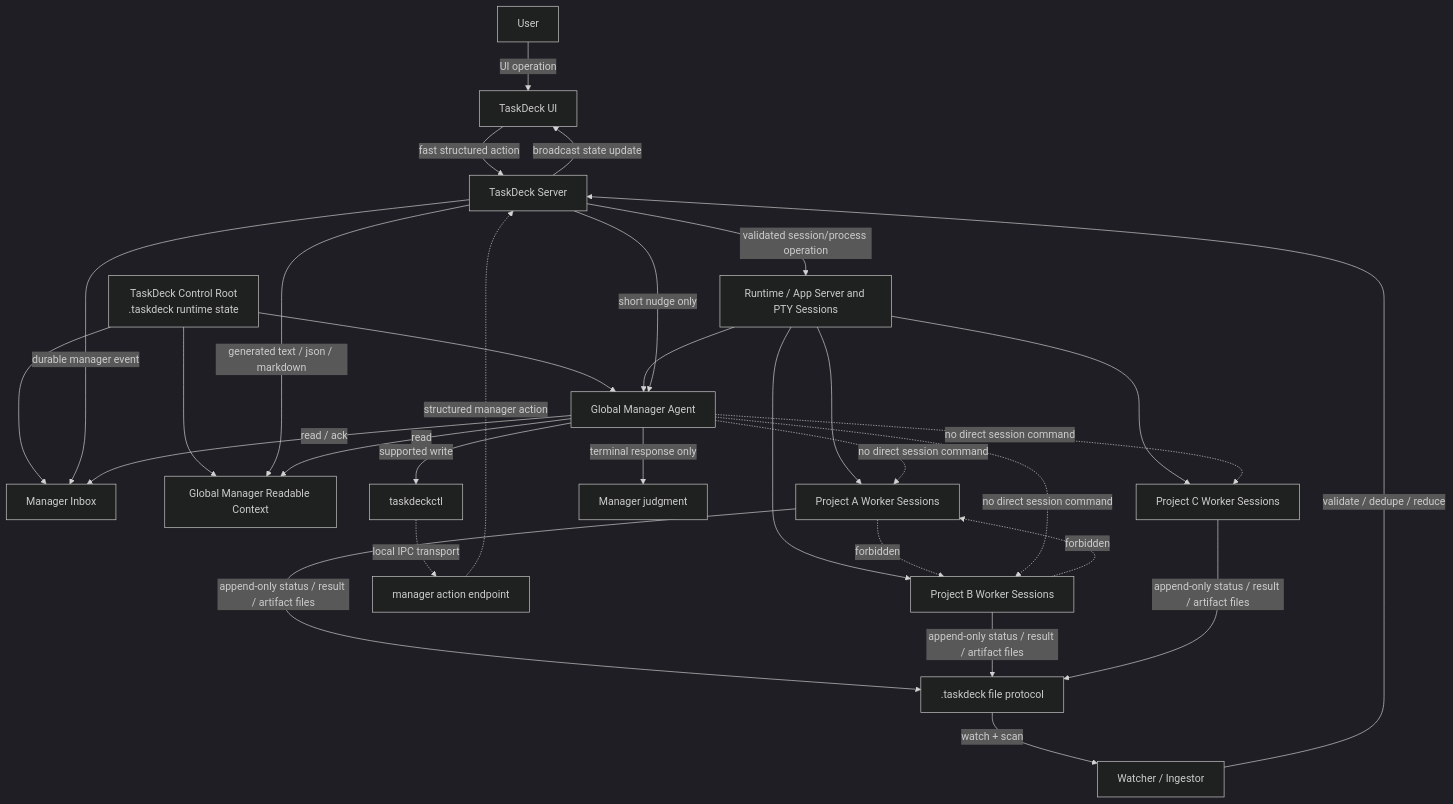
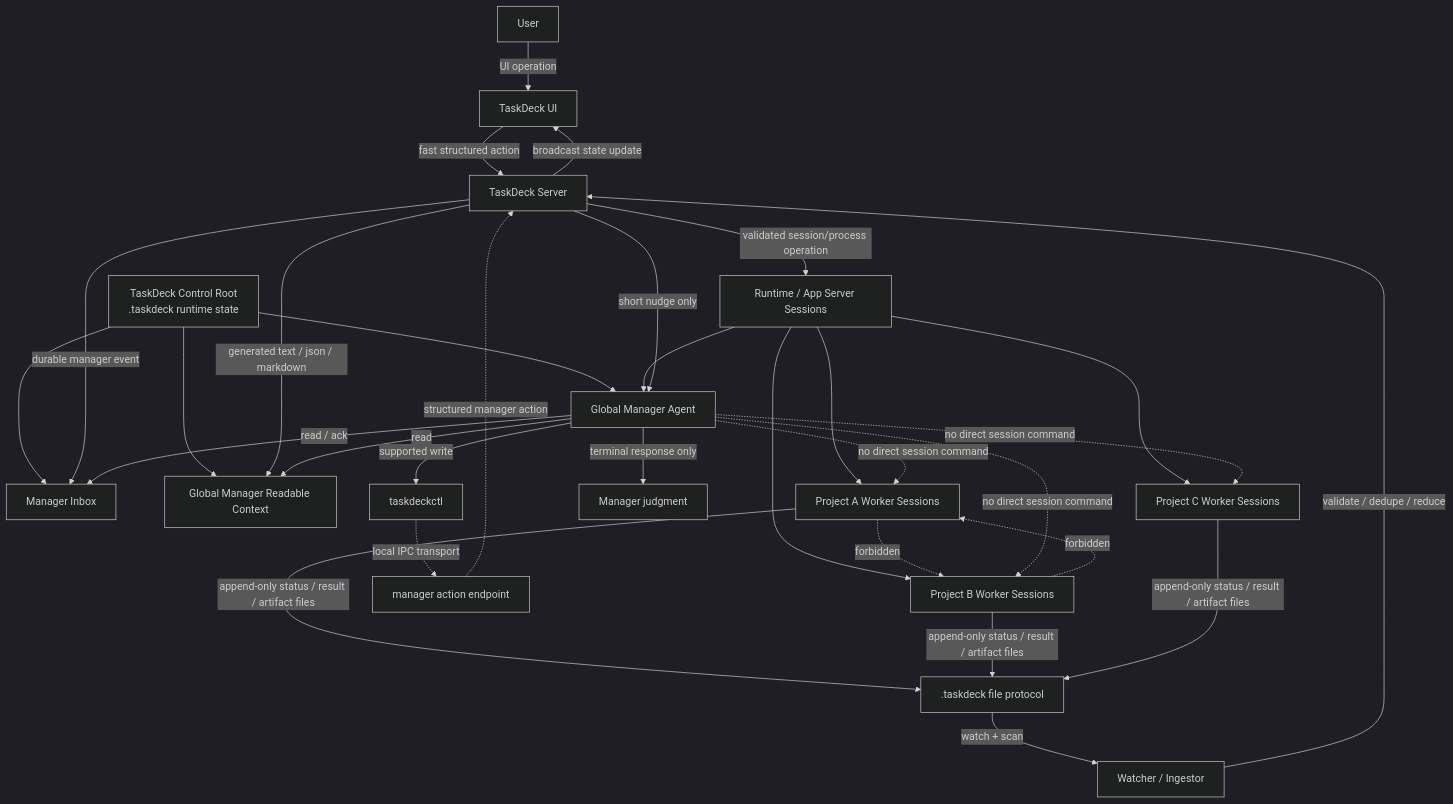
Before and after one commit to hayashikentaro/task-deck: the diagram in docs/taskdeck-actor-protocol.md, drawn with Mermaid (dark theme). The commit also changed other lines of this file and 18 other files, not shown here.

Commit message:
Remove legacy PTY runtime path

````diff
--- a/docs/taskdeck-actor-protocol.md
+++ b/docs/taskdeck-actor-protocol.md
@@ -44,42 +44,42 @@
 ```mermaid
 flowchart TD
   User[User] -->|UI operation| UI[TaskDeck UI]
   UI -->|fast structured action| Server[TaskDeck Server]
 
   ControlRoot[TaskDeck Control Root<br/>.taskdeck runtime state] --> ManagerInbox[Manager Inbox]
   ControlRoot --> ReadModel[Global Manager Readable Context]
   ControlRoot --> Manager[Global Manager Agent]
 
-  Server -->|validated session/process operation| Runtime[Runtime / App Server and PTY Sessions]
+  Server -->|validated session/process operation| Runtime[Runtime / App Server Sessions]
   Runtime --> ProjectA[Project A Worker Sessions]
   Runtime --> ProjectB[Project B Worker Sessions]
   Runtime --> ProjectC[Project C Worker Sessions]
   Runtime --> Manager
 
   ProjectA -->|append-only status / result / artifact files| Files[.taskdeck file protocol]
   ProjectB -->|append-only status / result / artifact files| Files
   ProjectC -->|append-only status / result / artifact files| Files
 
   Files -->|watch + scan| Ingest[Watcher / Ingestor]
   Ingest -->|validate / dedupe / reduce| Server
 
   Server -->|generated text / json / markdown| ReadModel
   Server -->|durable manager event| ManagerInbox
   Server -->|short nudge only| Manager
 
   Manager -->|read| ReadModel
   Manager -->|read / ack| ManagerInbox
   Manager -->|terminal response only| ManagerOutput[Manager judgment]
 
   Manager -->|supported write| Taskdeckctl[taskdeckctl]
   Taskdeckctl -. local IPC transport .-> ManagerActionEndpoint[manager action endpoint]
   ManagerActionEndpoint -. structured manager action .-> Server
 
   Server -->|broadcast state update| UI
 
   ProjectA -. forbidden .-> ProjectB
   ProjectB -. forbidden .-> ProjectA
   Manager -. no direct session command .-> ProjectA
   Manager -. no direct session command .-> ProjectB
   Manager -. no direct session command .-> ProjectC
 ```
````
